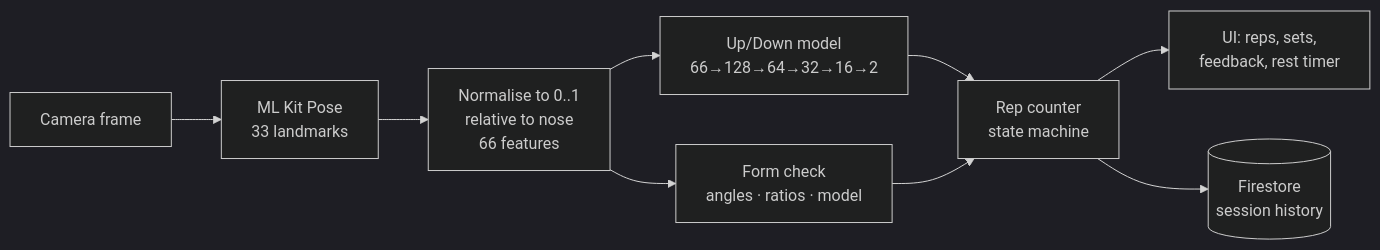
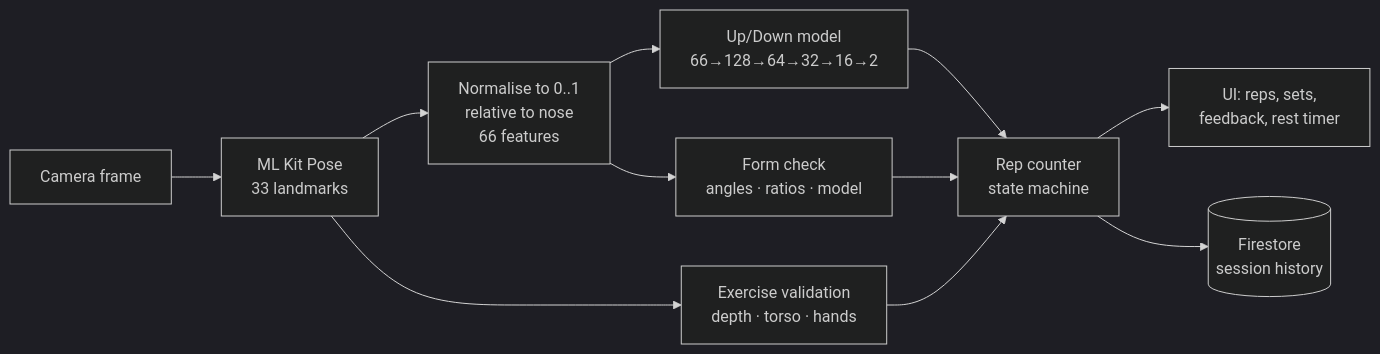
One commit to R-1102/ai-fitness-tracke changed the diagram in README.md. Above: the diagram before and after it, drawn with Mermaid (dark theme). The commit also changed other lines of this file and 11 other files, not shown here.

````diff
--- a/README.md
+++ b/README.md
@@ -41,11 +65,13 @@
 ```mermaid
 flowchart LR
     A[Camera frame] --> B[ML Kit Pose<br/>33 landmarks]
     B --> C[Normalise to 0..1<br/>relative to nose<br/>66 features]
     C --> D[Up/Down model<br/>66→128→64→32→16→2]
     C --> E[Form check<br/>angles · ratios · model]
+    B --> V[Exercise validation<br/>depth · torso · hands]
     D --> F[Rep counter<br/>state machine]
     E --> F
+    V --> F
     F --> G[UI: reps, sets,<br/>feedback, rest timer]
     F --> H[(Firestore<br/>session history)]
 ```
````
